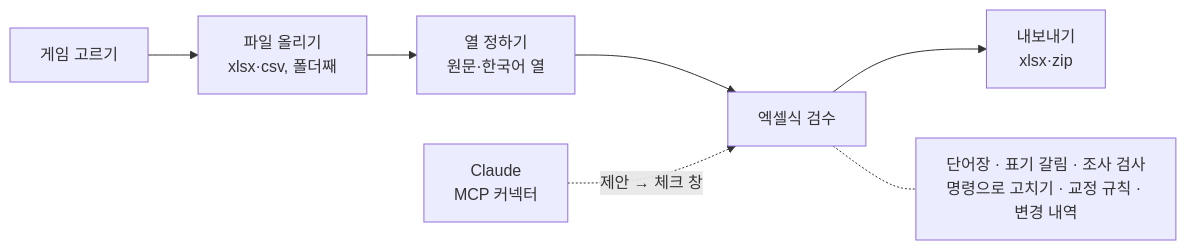
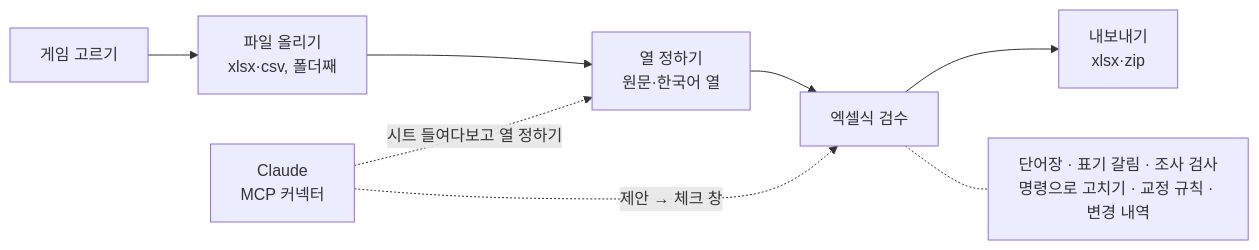
One commit to Hong9915/game_translation changed the first of 4 diagrams in README.md. Above: the diagram before and after it, drawn with Mermaid. The commit also changed other lines of this file and 48 other files, not shown here.

````diff
--- a/README.md
+++ b/README.md
@@ -8,6 +8,7 @@
 ```mermaid
 flowchart LR
   A[게임 고르기] --> B["파일 올리기<br/>xlsx·csv, 폴더째"] --> C["열 정하기<br/>원문·한국어 열"] --> D[엑셀식 검수] --> E["내보내기<br/>xlsx·zip"]
   D -.- T["단어장 · 표기 갈림 · 조사 검사<br/>명령으로 고치기 · 교정 규칙 · 변경 내역"]
   CL["Claude<br/>MCP 커넥터"] -.->|제안 → 체크 창| D
+  CL -.->|시트 들여다보고 열 정하기| C
 ```
````
